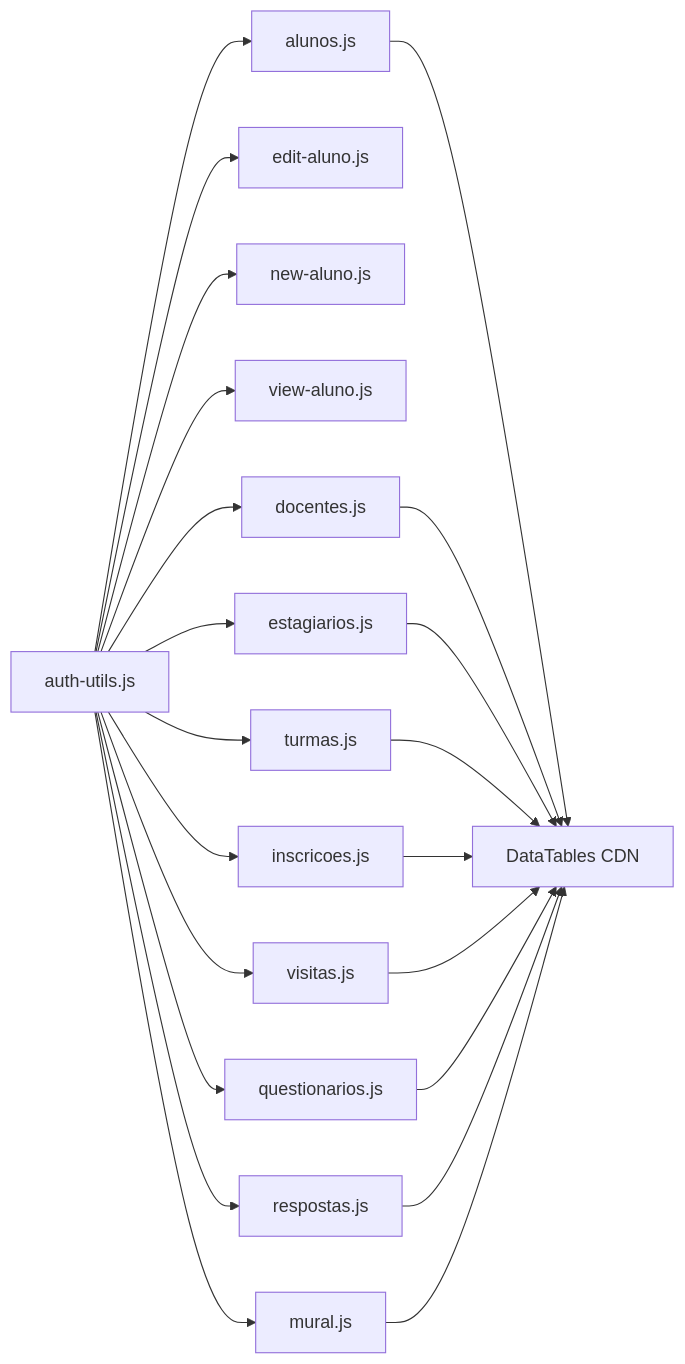
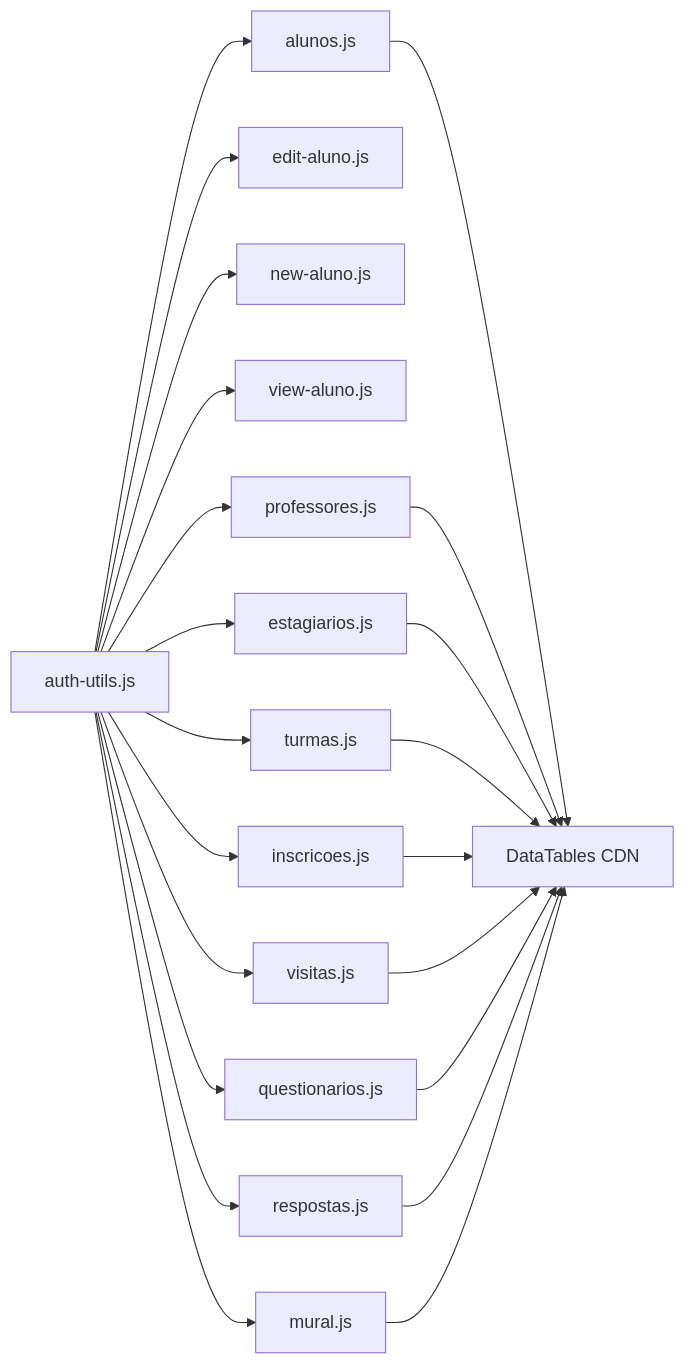
Before and after one commit to luiseduacosta/nodemural: the sixth of 6 diagrams in .qoder/repowiki/en/content/Frontend Architecture/Entity Management Interfaces.md, drawn with Mermaid. The commit also changed other lines of this file and 25 other files, not shown here.

````diff
--- a/.qoder/repowiki/en/content/Frontend Architecture/Entity Management Interfaces.md
+++ b/.qoder/repowiki/en/content/Frontend Architecture/Entity Management Interfaces.md
@@ -294,24 +294,24 @@
 ```mermaid
 graph LR
 AU["auth-utils.js"] --> AL["alunos.js"]
 AU --> ED["edit-aluno.js"]
 AU --> NE["new-aluno.js"]
 AU --> VI["view-aluno.js"]
-AU --> DO["docentes.js"]
+AU --> DO["professores.js"]
 AU --> ES["estagiarios.js"]
 AU --> TU["turmas.js"]
 AU --> IN["inscricoes.js"]
 AU --> VI2["visitas.js"]
 AU --> QU["questionarios.js"]
 AU --> RE["respostas.js"]
 AU --> MU["mural.js"]
 AL --> DT["DataTables CDN"]
 DO --> DT
 ES --> DT
 TU --> DT
 IN --> DT
 VI2 --> DT
 QU --> DT
 RE --> DT
 MU --> DT
 ```
````
